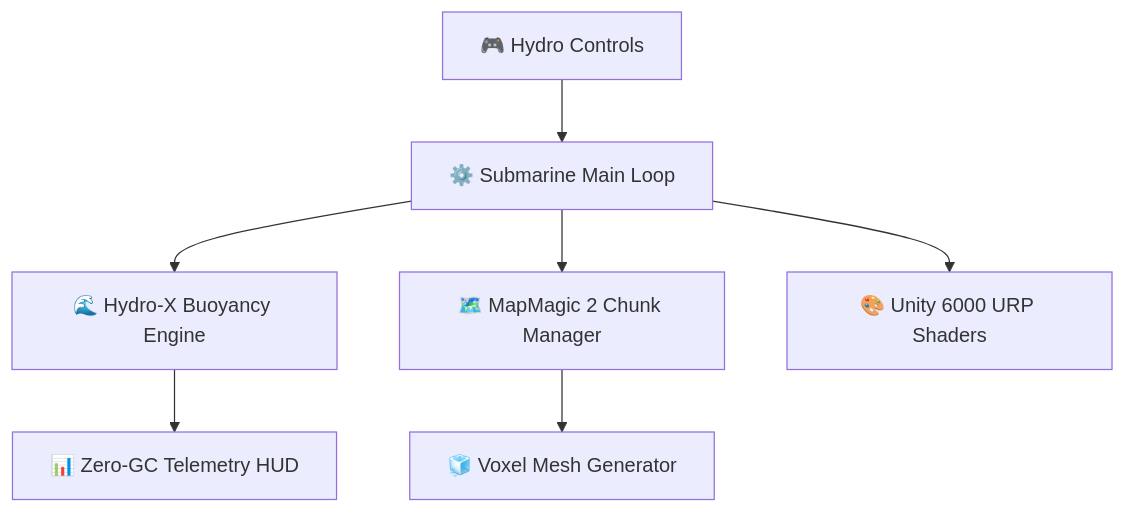
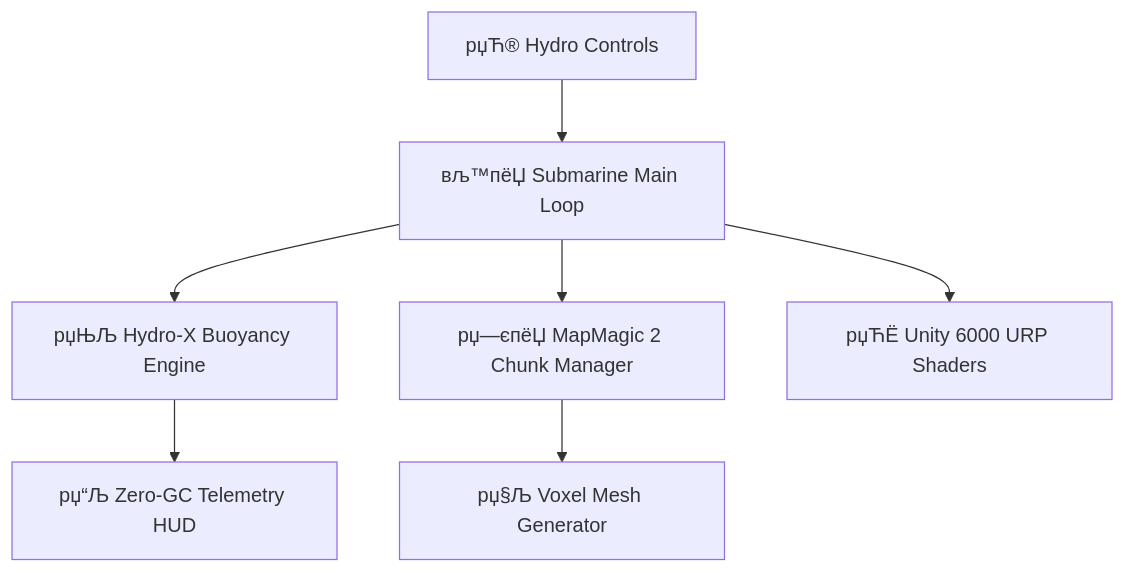
The second of 2 diagrams in README.md (marko1olo/Hecton8), drawn with Mermaid before and after one commit. The commit also changed other lines of this file and 39 other files, not shown here.

````diff
--- a/README.md
+++ b/README.md
@@ -109,9 +109,9 @@
 ```mermaid
 graph TD
-    Input[🎮 Hydro Controls] --> Core[⚙️ Submarine Main Loop]
-    Core --> Physics[🌊 Hydro-X Buoyancy Engine]
-    Core --> Terrain[🗺️ MapMagic 2 Chunk Manager]
-    Terrain --> Voxel[🧊 Voxel Mesh Generator]
-    Physics --> Telemetry[📊 Zero-GC Telemetry HUD]
-    Core --> Render[🎨 Unity 6000 URP Shaders]
+    Input[рџЋ® Hydro Controls] --> Core[вљ™пёЏ Submarine Main Loop]
+    Core --> Physics[рџЊЉ Hydro-X Buoyancy Engine]
+    Core --> Terrain[рџ—єпёЏ MapMagic 2 Chunk Manager]
+    Terrain --> Voxel[рџ§Љ Voxel Mesh Generator]
+    Physics --> Telemetry[рџ“Љ Zero-GC Telemetry HUD]
+    Core --> Render[рџЋЁ Unity 6000 URP Shaders]
 ```
````
